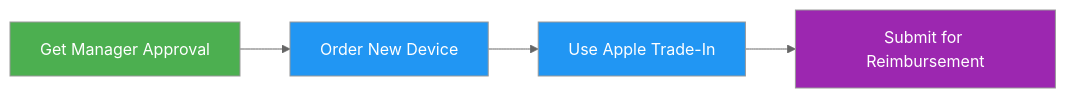
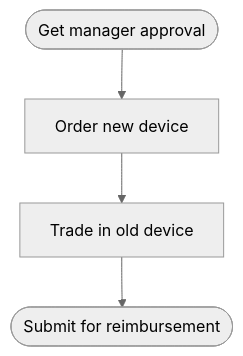
The first of 2 diagrams in docs/en/faq/index.md (ultralytics/handbook), drawn with Mermaid (neutral theme) before and after one commit. The commit also changed other lines of this file and 16 other files, not shown here.

First line of the commit message:
Migrate handbook Mermaid diagrams to the unified design system

````diff
--- a/docs/en/faq/index.md
+++ b/docs/en/faq/index.md
@@ -181,10 +181,6 @@
     ```mermaid
-    graph LR
-        A[Get Manager Approval]:::start --> B[Order New Device]:::proc
-        B --> C[Use Apple Trade-In]:::proc
-        C --> D[Submit for Reimbursement]:::out
-
-        classDef start fill:#4CAF50,color:#fff
-        classDef proc fill:#2196F3,color:#fff
-        classDef out fill:#9C27B0,color:#fff
+    flowchart TD
+        A([Get manager approval]) --> B[Order new device]
+        B --> C[Trade in old device]
+        C --> D([Submit for reimbursement])
     ```
````
